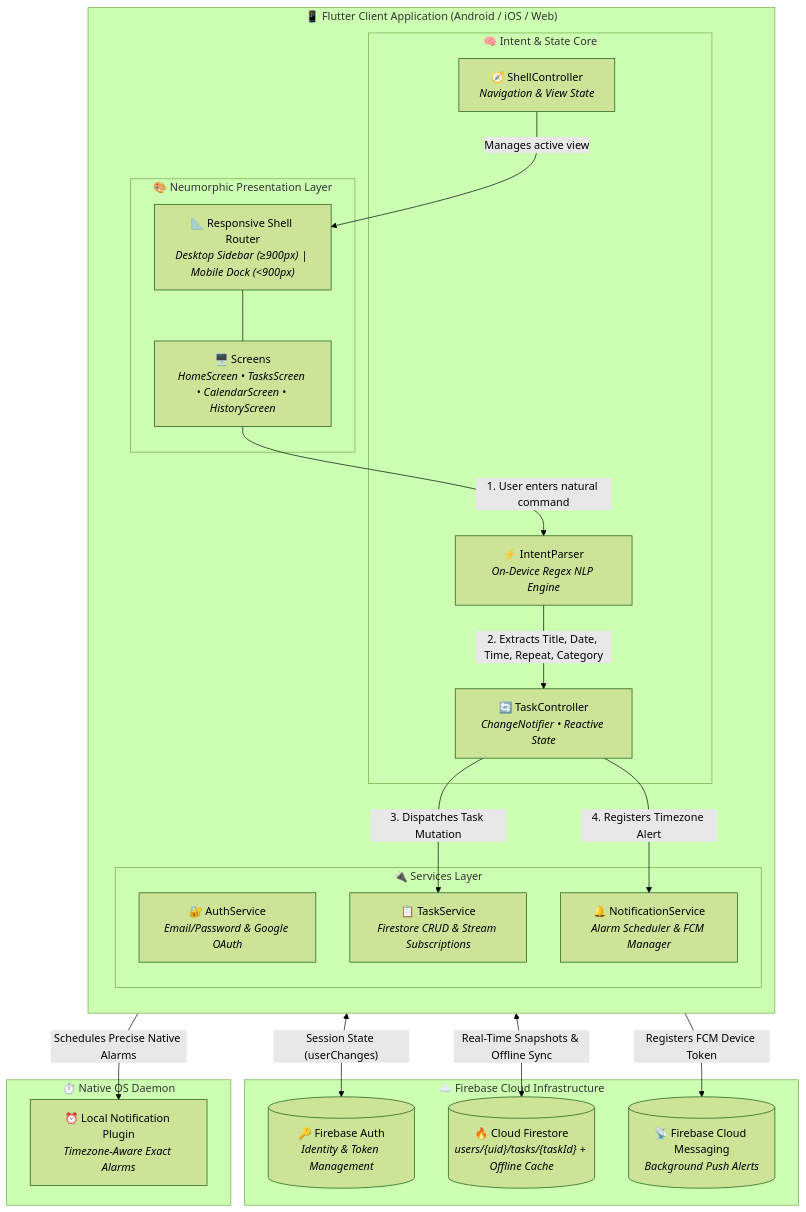
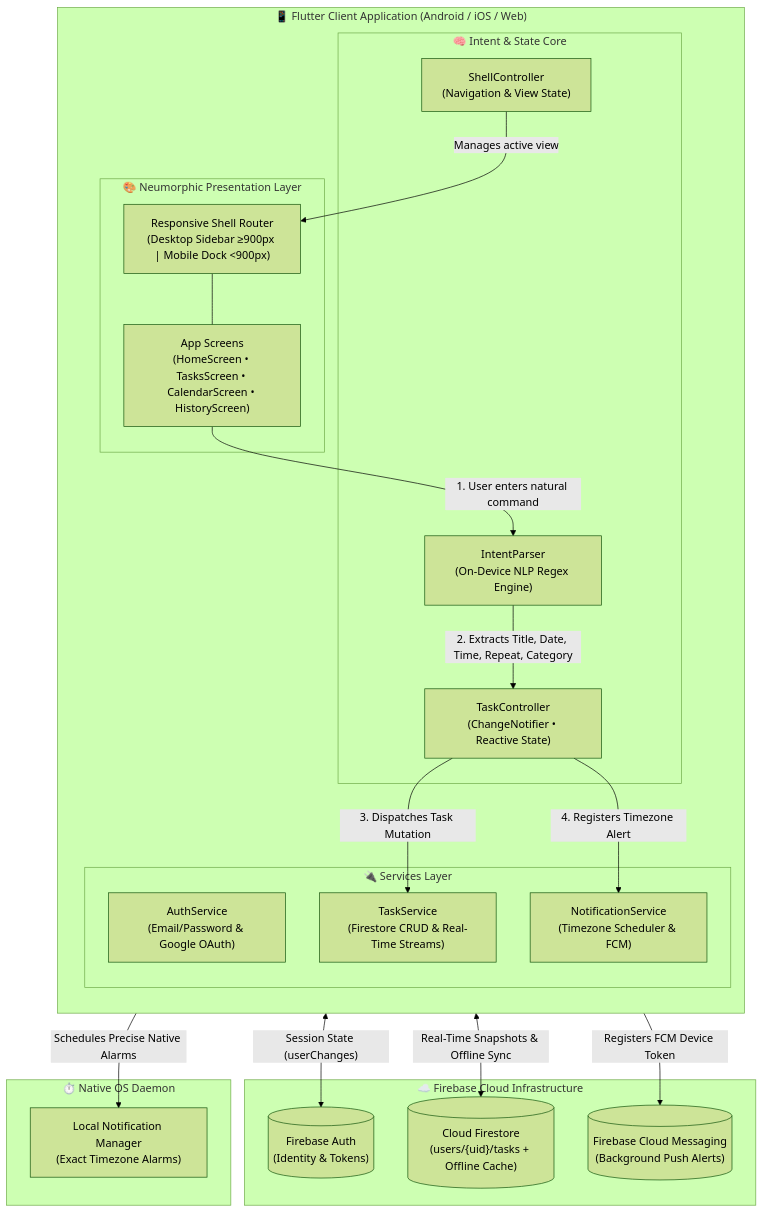
One commit to mithunlingala30/Intent-Flow changed the first of 2 diagrams in README.md. Above: the diagram before and after it, drawn with Mermaid (forest theme). The commit also changed other lines of this file, not shown here.

Commit message:
fix(readme): clean GitHub markdown formatting and live architecture diagrams

````diff
--- a/README.md
+++ b/README.md
@@ -29,47 +21,47 @@
 ```mermaid
 flowchart TD
     subgraph Client["📱 Flutter Client Application (Android / iOS / Web)"]
         direction TB
         
         subgraph UI["🎨 Neumorphic Presentation Layer"]
-            Shell["📐 Responsive Shell Router<br/><i>Desktop Sidebar (≥900px) | Mobile Dock (&lt;900px)</i>"]
-            Screens["🖥️ Screens<br/><i>HomeScreen • TasksScreen • CalendarScreen • HistoryScreen</i>"]
+            Shell["Responsive Shell Router<br/>(Desktop Sidebar ≥900px | Mobile Dock <900px)"]
+            Screens["App Screens<br/>(HomeScreen • TasksScreen • CalendarScreen • HistoryScreen)"]
             Shell --- Screens
         end
 
         subgraph Core["🧠 Intent & State Core"]
-            Parser["⚡ IntentParser<br/><i>On-Device Regex NLP Engine</i>"]
-            TaskCtrl["🔄 TaskController<br/><i>ChangeNotifier • Reactive State</i>"]
-            ShellCtrl["🧭 ShellController<br/><i>Navigation & View State</i>"]
+            Parser["IntentParser<br/>(On-Device NLP Regex Engine)"]
+            TaskCtrl["TaskController<br/>(ChangeNotifier • Reactive State)"]
+            ShellCtrl["ShellController<br/>(Navigation & View State)"]
         end
 
         subgraph Services["🔌 Services Layer"]
-            AuthSvc["🔐 AuthService<br/><i>Email/Password & Google OAuth</i>"]
-            TaskSvc["📋 TaskService<br/><i>Firestore CRUD & Stream Subscriptions</i>"]
-            NotifSvc["🔔 NotificationService<br/><i>Alarm Scheduler & FCM Manager</i>"]
+            AuthSvc["AuthService<br/>(Email/Password & Google OAuth)"]
+            TaskSvc["TaskService<br/>(Firestore CRUD & Real-Time Streams)"]
+            NotifSvc["NotificationService<br/>(Timezone Scheduler & FCM)"]
         end
     end
 
     subgraph Cloud["☁️ Firebase Cloud Infrastructure"]
-        FBAuth[("🔑 Firebase Auth<br/><i>Identity & Token Management</i>")]
-        Firestore[("🔥 Cloud Firestore<br/><i>users/{uid}/tasks/{taskId} + Offline Cache</i>")]
-        FCM[("📡 Firebase Cloud Messaging<br/><i>Background Push Alerts</i>")]
+        FBAuth[("Firebase Auth<br/>(Identity & Tokens)")]
+        Firestore[("Cloud Firestore<br/>(users/{uid}/tasks + Offline Cache)")]
+        FCM[("Firebase Cloud Messaging<br/>(Background Push Alerts)")]
     end
 
     subgraph OS["⏱️ Native OS Daemon"]
-        LocalAlarms["⏰ Local Notification Plugin<br/><i>Timezone-Aware Exact Alarms</i>"]
+        LocalAlarms["Local Notification Manager<br/>(Exact Timezone Alarms)"]
     end
 
     %% User Interaction & Flow
     Screens -->|"1. User enters natural command"| Parser
     Parser -->|"2. Extracts Title, Date, Time, Repeat, Category"| TaskCtrl
     TaskCtrl -->|"3. Dispatches Task Mutation"| TaskSvc
     TaskCtrl -->|"4. Registers Timezone Alert"| NotifSvc
     ShellCtrl -->|"Manages active view"| Shell
 
     %% Service Integration
     TaskSvc <-->|"Real-Time Snapshots & Offline Sync"| Firestore
     AuthSvc <-->|"Session State (userChanges)"| FBAuth
     NotifSvc -->|"Registers FCM Device Token"| FCM
     NotifSvc -->|"Schedules Precise Native Alarms"| LocalAlarms
 ```
````
